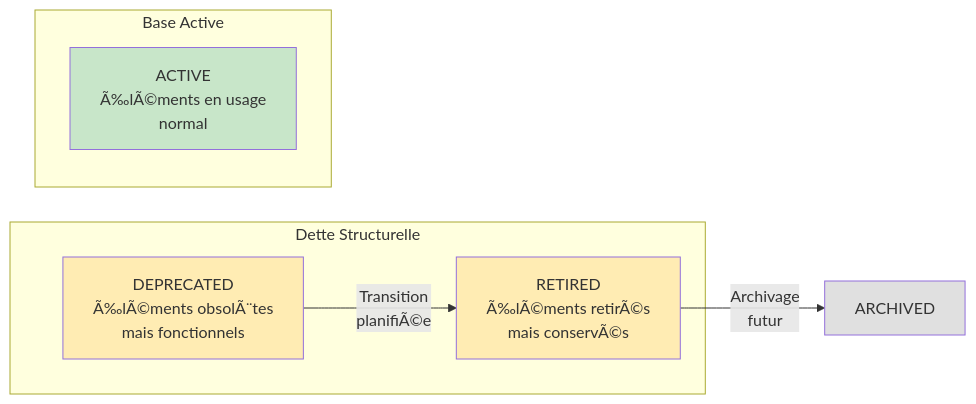
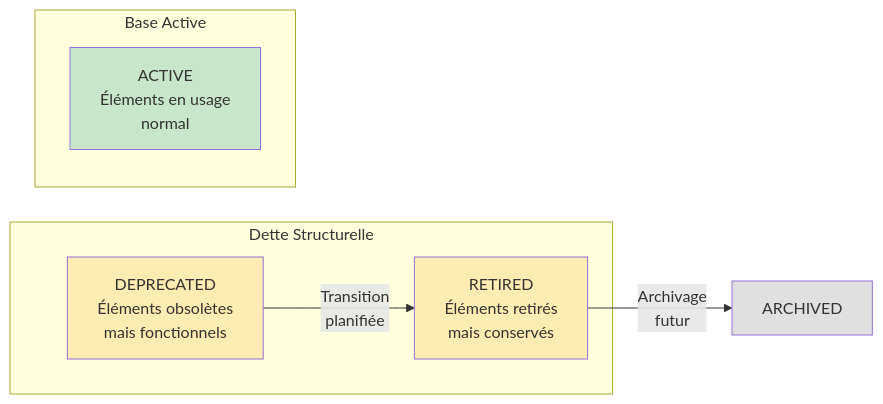
One commit to StudioMiyukini/miyukini_cog changed the first of 3 diagrams in docs/cores/EverBuddy/contracts/observability/Ever Buddy - Debt Tracking Contract.md. Above: the diagram before and after it, drawn with Mermaid. The commit also changed other lines of this file and 564 other files, not shown here.

````diff
--- a/docs/cores/EverBuddy/contracts/observability/Ever Buddy - Debt Tracking Contract.md
+++ b/docs/cores/EverBuddy/contracts/observability/Ever Buddy - Debt Tracking Contract.md
@@ -40,22 +40,22 @@
 ```mermaid
 graph LR
     subgraph DettesStructurelle[Dette Structurelle]
-        DEP[DEPRECATED<br/>Ã‰lÃ©ments obsolÃ¨tes<br/>mais fonctionnels]
-        RET[RETIRED<br/>Ã‰lÃ©ments retirÃ©s<br/>mais conservÃ©s]
+        DEP[DEPRECATED<br/>Éléments obsolètes<br/>mais fonctionnels]
+        RET[RETIRED<br/>Éléments retirés<br/>mais conservés]
     end
     
     subgraph Actifs[Base Active]
-        ACT[ACTIVE<br/>Ã‰lÃ©ments en usage<br/>normal]
+        ACT[ACTIVE<br/>Éléments en usage<br/>normal]
     end
     
-    DEP -->|"Transition<br/>planifiÃ©e"| RET
+    DEP -->|"Transition<br/>planifiée"| RET
     RET -->|"Archivage<br/>futur"| ARC[ARCHIVED]
     
     classDef debt fill:#ffecb3
     classDef active fill:#c8e6c9
     classDef archived fill:#e0e0e0
     
     class DEP,RET debt
     class ACT active
     class ARC archived
 ```
````
